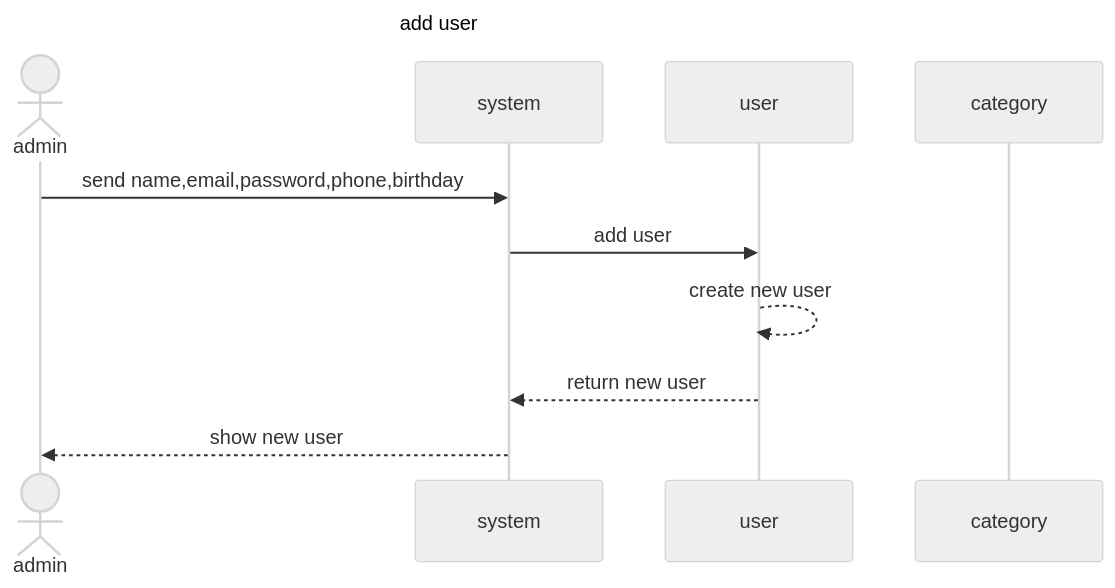
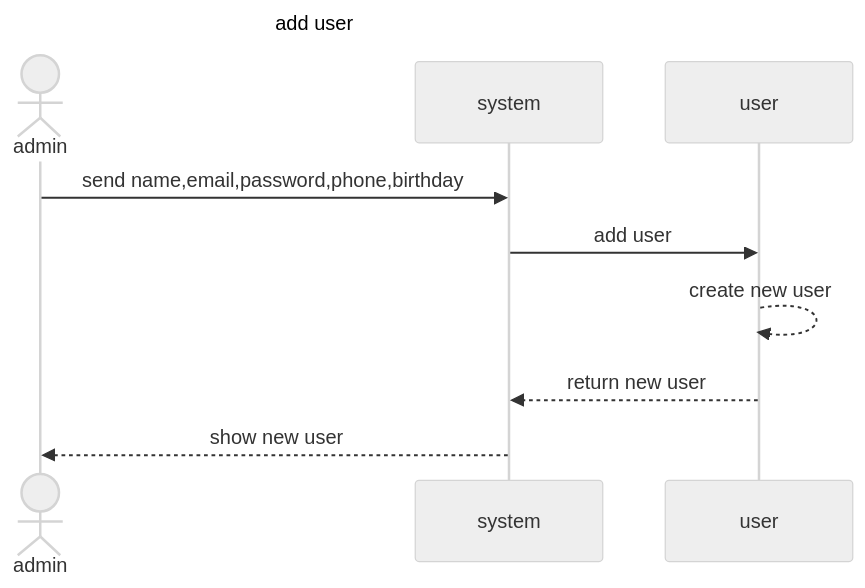
One commit to MxMhx/OOP_Project_MK_website changed the diagram in sequence_diag/admin/add user.mmd. Above: the diagram before and after it, drawn with Mermaid (neutral theme).

```diff
--- a/sequence_diag/admin/add user.mmd
+++ b/sequence_diag/admin/add user.mmd
@@ -1,11 +1,10 @@
 sequenceDiagram
     title add user
     actor admin
     participant system
     participant user
-    participant category
     admin ->> system: send name,email,password,phone,birthday
     system ->> user:add user
     user -->> user : create new user
     user -->> system: return new user
     system -->> admin: show new user
```
